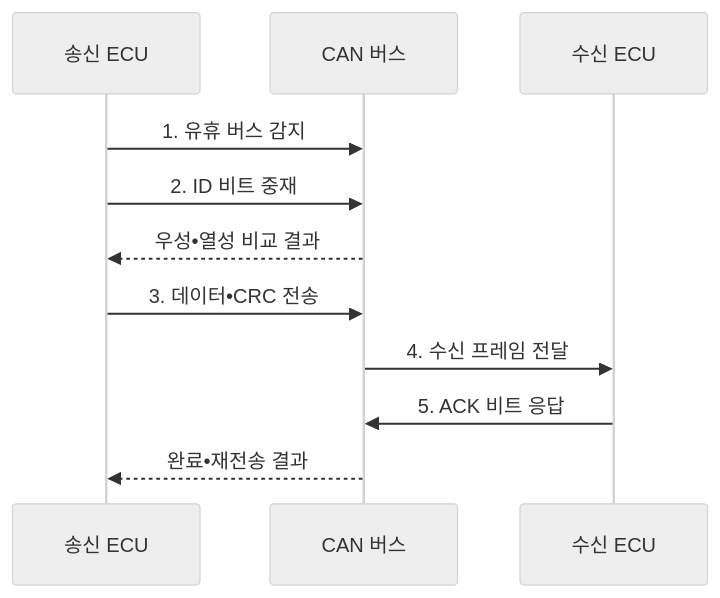
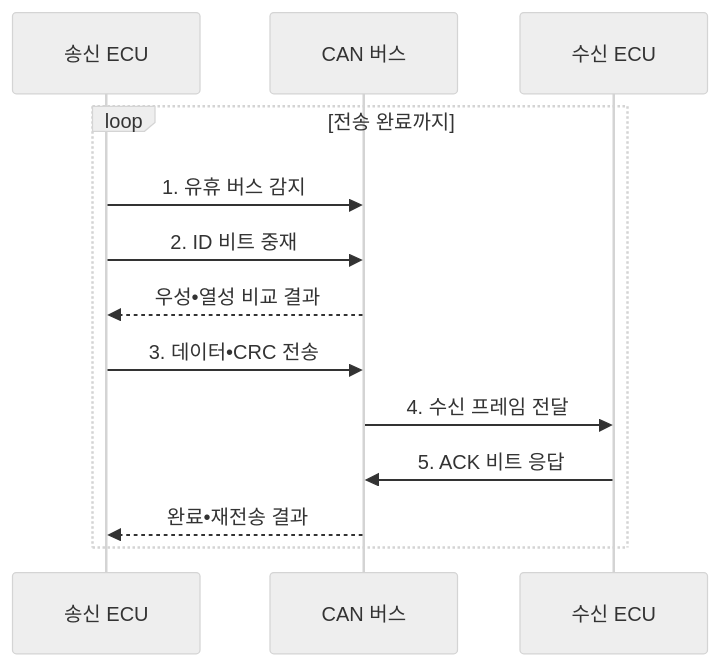
Before and after one commit to agnusdei1207/knowledge-base: the second of 2 diagrams in src/content/docs/notes/04-network/081_can_bus.md, drawn with Mermaid (neutral theme). The commit also changed other lines of this file and 20 other files, not shown here.

````diff
--- a/src/content/docs/notes/04-network/081_can_bus.md
+++ b/src/content/docs/notes/04-network/081_can_bus.md
@@ -100,13 +100,15 @@
 ```mermaid
 sequenceDiagram
     participant T as 송신 ECU
     participant B as CAN 버스
     participant R as 수신 ECU
-    T->>B: 1. 유휴 버스 감지
-    T->>B: 2. ID 비트 중재
-    B-->>T: 우성•열성 비교 결과
-    T->>B: 3. 데이터•CRC 전송
-    B->>R: 4. 수신 프레임 전달
-    R->>B: 5. ACK 비트 응답
-    B-->>T: 완료•재전송 결과
+    loop 전송 완료까지
+        T->>B: 1. 유휴 버스 감지
+        T->>B: 2. ID 비트 중재
+        B-->>T: 우성•열성 비교 결과
+        T->>B: 3. 데이터•CRC 전송
+        B->>R: 4. 수신 프레임 전달
+        R->>B: 5. ACK 비트 응답
+        B-->>T: 완료•재전송 결과
+    end
 ```
````
